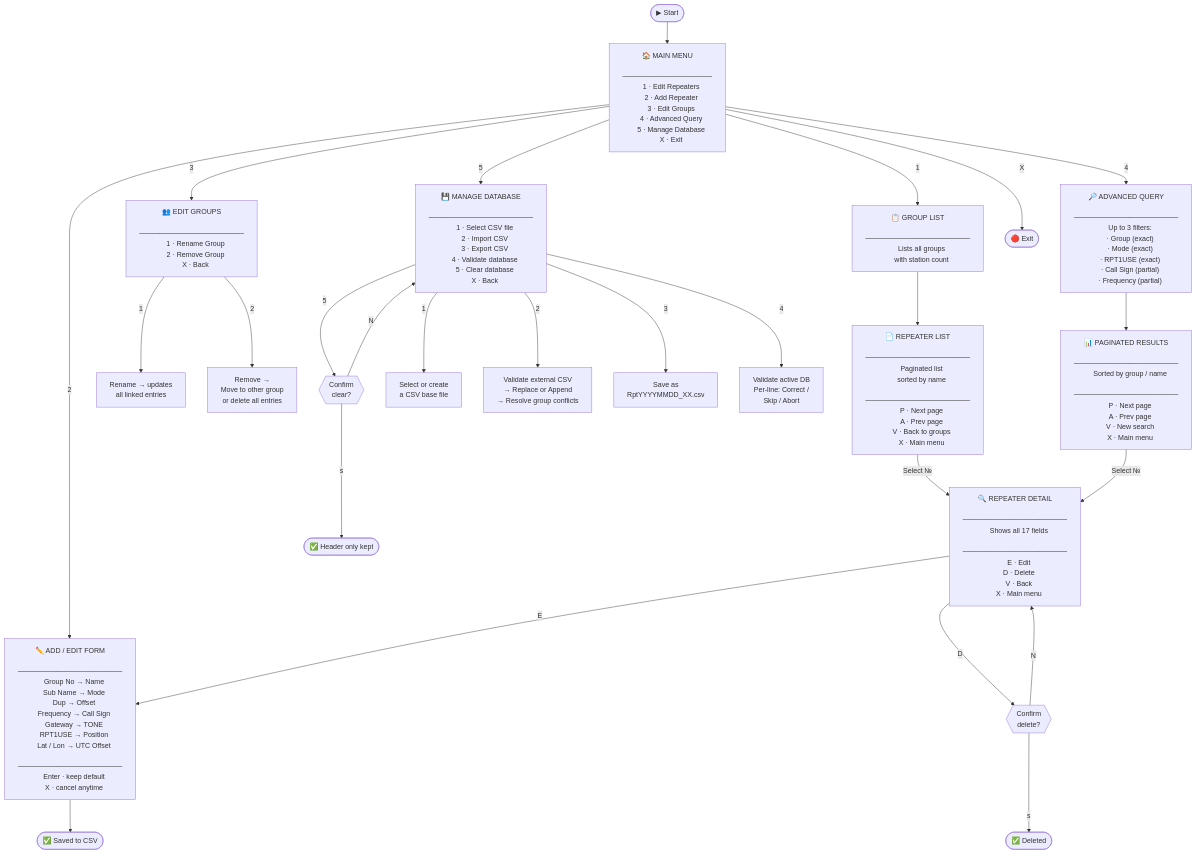
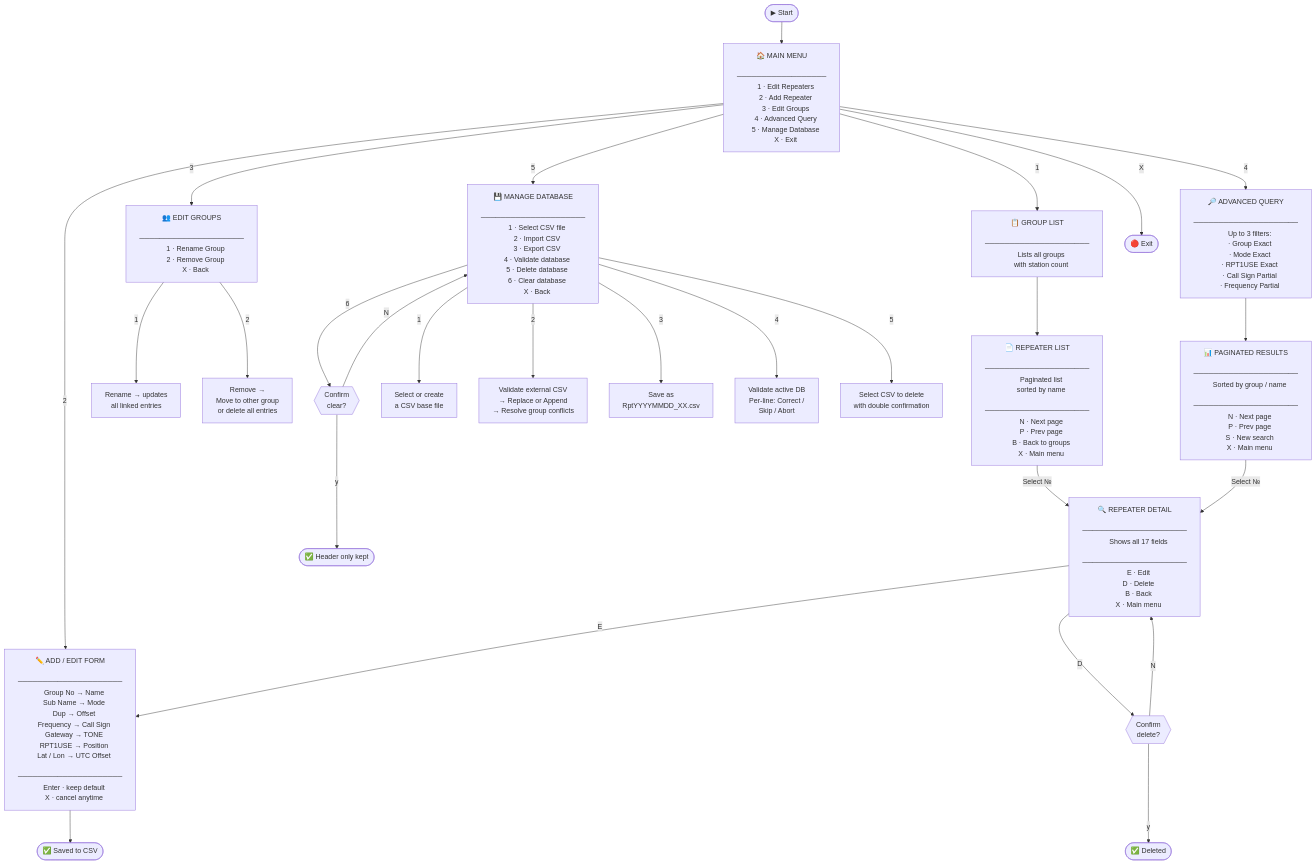
Before and after one commit to PP5KX/DR_List_Manager: the diagram in README.md, drawn with Mermaid. The commit also changed other lines of this file and 1 other file, not shown here.

````diff
--- a/README.md
+++ b/README.md
@@ -166,9 +167,9 @@
     Paginated list
     sorted by name
     ─────────────────────
-    P · Next page
-    A · Prev page
-    V · Back to groups
+    N · Next page
+    P · Prev page
+    B · Back to groups
     X · Main menu"]
     GRPLIST -->|Select №| DETAIL
 
@@ -178,11 +179,11 @@
     ─────────────────────
     E · Edit
     D · Delete
-    V · Back
+    B · Back
     X · Main menu"]
     DETAIL -->|E| OPT2
     DETAIL -->|D| CONFIRM_DEL{{"Confirm\ndelete?"}}
-    CONFIRM_DEL -->|s| DEL_OK(["✅ Deleted"])
+    CONFIRM_DEL -->|y| DEL_OK(["✅ Deleted"])
     CONFIRM_DEL -->|N| DETAIL
 
     OPT2["✏️ ADD / EDIT FORM
@@ -204,7 +205,8 @@
     1 · Rename Group
     2 · Remove Group
     X · Back"]
-    OPT3 -->|1| RENAME["Rename → updates\nall linked entries"]
+    OPT3 -->|1| RENAME["Rename → updates
+    all linked entries"]
     OPT3 -->|2| REMOVE["Remove →
     Move to other group
     or delete all entries"]
@@ -212,18 +214,18 @@
     OPT4["🔎 ADVANCED QUERY
     ─────────────────────
     Up to 3 filters:
-    · Group (exact)
-    · Mode (exact)
-    · RPT1USE (exact)
-    · Call Sign (partial)
-    · Frequency (partial)"]
+    · Group Exact
+    · Mode Exact
+    · RPT1USE Exact
+    · Call Sign Partial
+    · Frequency Partial"]
     OPT4 --> RESULTS["📊 PAGINATED RESULTS
     ─────────────────────
     Sorted by group / name
     ─────────────────────
-    P · Next page
-    A · Prev page
-    V · New search
+    N · Next page
+    P · Prev page
+    S · New search
     X · Main menu"]
     RESULTS -->|Select №| DETAIL
 
@@ -233,17 +235,23 @@
     2 · Import CSV
     3 · Export CSV
     4 · Validate database
-    5 · Clear database
+    5 · Delete database
+    6 · Clear database
     X · Back"]
-    OPT5 -->|1| SEL["Select or create\na CSV base file"]
+    OPT5 -->|1| SEL["Select or create
+    a CSV base file"]
     OPT5 -->|2| IMP["Validate external CSV
     → Replace or Append
     → Resolve group conflicts"]
-    OPT5 -->|3| EXP["Save as\nRptYYYYMMDD_XX.csv"]
+    OPT5 -->|3| EXP["Save as
+    RptYYYYMMDD_XX.csv"]
     OPT5 -->|4| VAL["Validate active DB
     Per-line: Correct /
     Skip / Abort"]
-    OPT5 -->|5| CLR{{"Confirm\nclear?"}}
-    CLR -->|s| CLEARED(["✅ Header only kept"])
+    OPT5 -->|5| DEL["Select CSV to delete
+    with double confirmation"]
+    OPT5 -->|6| CLR{{"Confirm
+    clear?"}}
+    CLR -->|y| CLEARED(["✅ Header only kept"])
     CLR -->|N| OPT5
 ```
````
